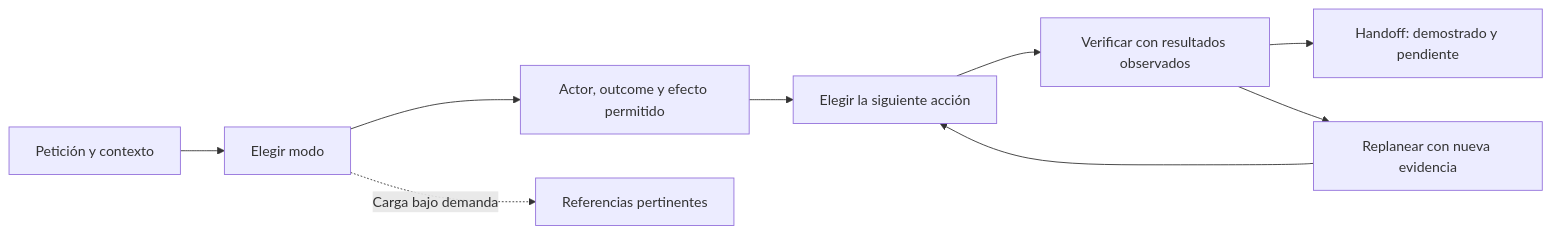
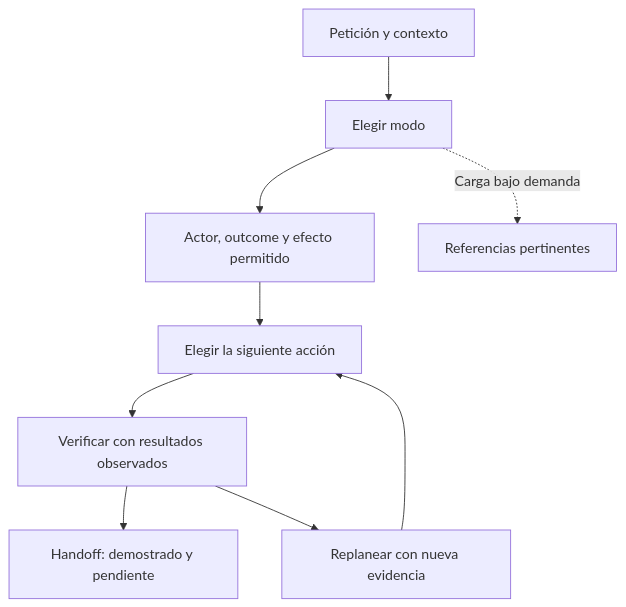
Before and after one commit to KimiK1983/fde-live-case-skill: the diagram in README.md, drawn with Mermaid. The commit also changed other lines of this file, not shown here.

Commit message:
docs(readme): improve diagram readability and fix guide anchor

````diff
--- a/README.md
+++ b/README.md
@@ -11,11 +11,11 @@
 ```mermaid
-flowchart LR
+flowchart TB
     U[Petición y contexto] --> M[Elegir modo]
     M --> O[Actor, outcome y efecto permitido]
     O --> A[Elegir la siguiente acción]
     A --> V[Verificar con resultados observados]
     V --> H[Handoff: demostrado y pendiente]
     V --> R[Replanear con nueva evidencia]
     R --> A
     M -. Carga bajo demanda .-> REF[Referencias pertinentes]
 ```
````
